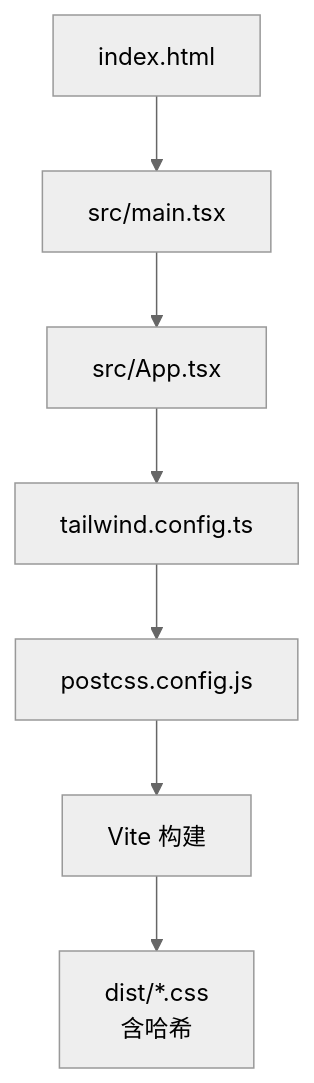
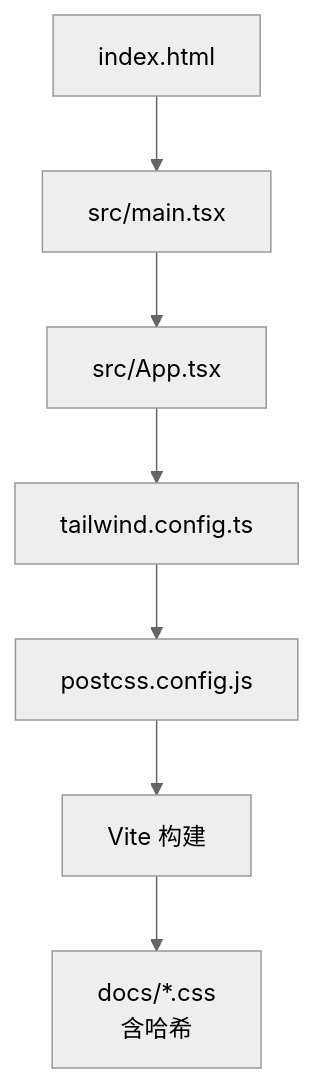
One commit to JadeXusq/qr-generator changed the fourth of 7 diagrams in .qoder/repowiki/zh/content/部署指南.md. Above: the diagram before and after it, drawn with Mermaid (neutral theme). The commit also changed other lines of this file and 5 other files, not shown here.

````diff
--- a/.qoder/repowiki/zh/content/部署指南.md
+++ b/.qoder/repowiki/zh/content/部署指南.md
@@ -153,9 +162,9 @@
 ```mermaid
 flowchart TD
 HTML["index.html"] --> Main["src/main.tsx"]
 Main --> App["src/App.tsx"]
 App --> TW["tailwind.config.ts"]
 TW --> PCSS["postcss.config.js"]
 PCSS --> Build["Vite 构建"]
-Build --> Dist["dist/*.css<br/>含哈希"]
+Build --> Docs["docs/*.css<br/>含哈希"]
 ```
````
